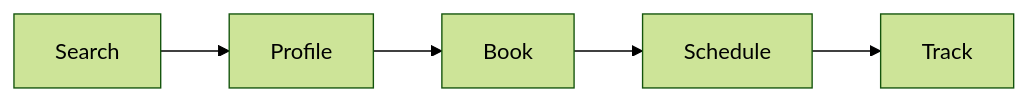
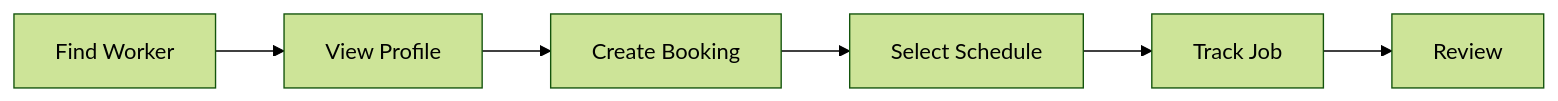
One commit to Dhodiapreet/job-sequence-app changed the second of 5 diagrams in README.md. Above: the diagram before and after it, drawn with Mermaid (forest theme). The commit also changed other lines of this file, not shown here.

````diff
--- a/README.md
+++ b/README.md
@@ -84,7 +124,16 @@
 ```mermaid
 flowchart LR
-    A[Search] --> B[Profile]
-    B --> C[Book]
-    C --> D[Schedule]
-    D --> E[Track]
+
+    A[Find Worker]
+    B[View Profile]
+    C[Create Booking]
+    D[Select Schedule]
+    E[Track Job]
+    F[Review]
+
+    A --> B
+    B --> C
+    C --> D
+    D --> E
+    E --> F
 ```
````
